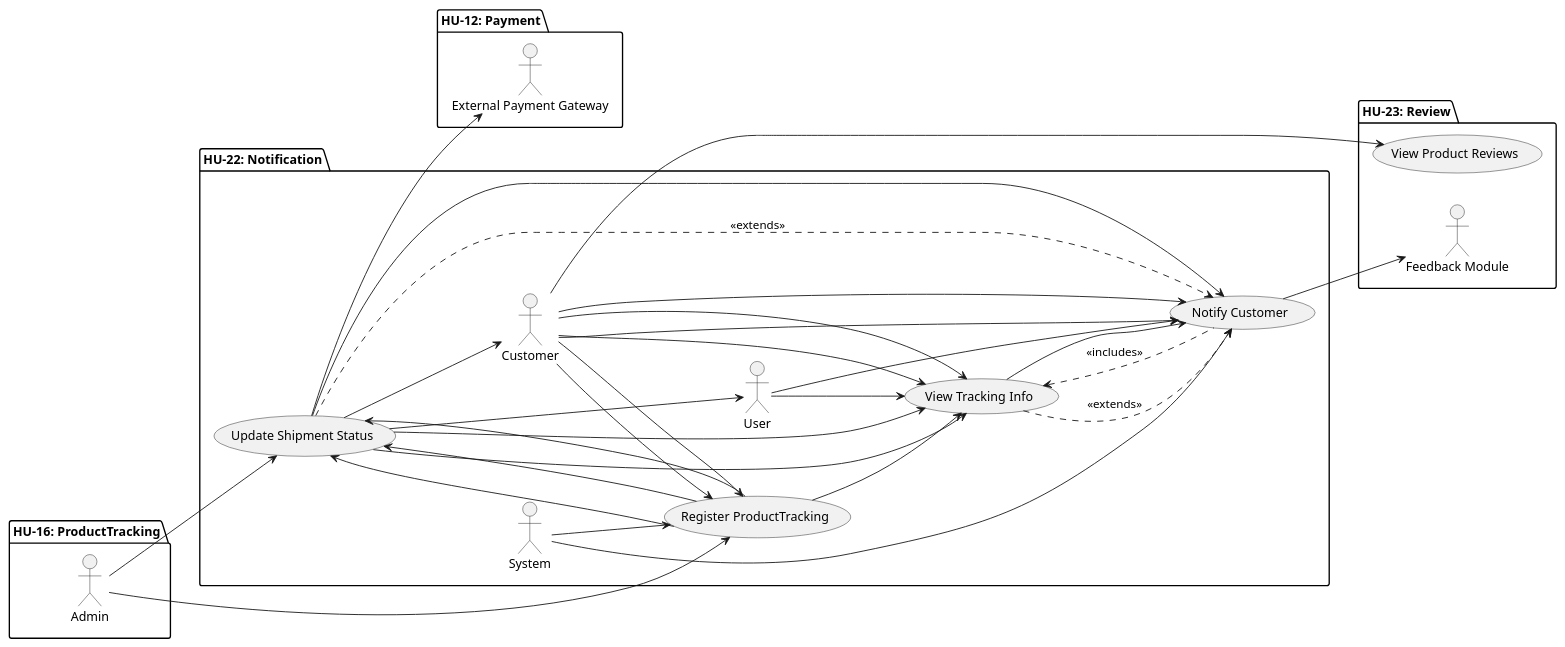
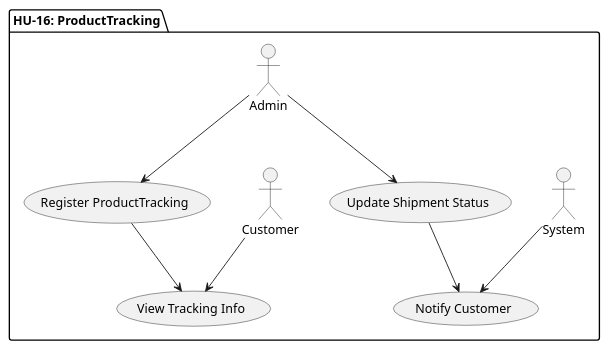
One commit to code-sena/laboratory-2899747 changed the diagram in document/architecture/usecase.wsd. Above: the diagram before and after it, drawn with PlantUML. The commit also changed other lines of this file and 1 other file, not shown here.

Commit message:
doc-add-producttracking-use-case-diagram

```diff
--- a/document/architecture/usecase.wsd
+++ b/document/architecture/usecase.wsd
@@ -1,99 +1,25 @@
 @startuml
-  left to right direction
-
-  package "HU-22: Notification" {
-
-    'Actors'
-    actor "System" as System
-    actor "User" as User
-    actor "Customer" as Customer
-
-    'Use Cases'
-    usecase "Register Notification" as UC1
-    usecase "Send/Display Notification" as UC2
-    usecase "Mark Notification as Read" as UC3
-    usecase "View Notifications" as UC4
-
-    'Relationships'
-    System --> UC1
-    UC1 --> UC2
-    UC2 --> User
-    UC2 --> Customer
-
-    User --> UC3
-    Customer --> UC3
-
-    User --> UC4
-    Customer --> UC4
-
-    UC3 .> UC4 : <<extends>>
-  }
-
-  package "HU-12: Payment" {
-
-    'Actors'
-    actor "Customer" as Customer
-    actor "External Payment Gateway" as PaymentGateway
-
-    'Use Cases'
-    usecase "Register Payment" as UC1
-    usecase "Process Payment" as UC2
-    usecase "Update Order Status" as UC3
-    usecase "View Payment History" as UC4
-
-    'Relationships'
-    Customer --> UC1
-    Customer --> UC4
-
-    UC1 --> UC2
-    UC2 --> PaymentGateway
-    UC2 .> UC4 : <<extends>>
-    UC3 <.. UC4 : <<includes>>
-
-    UC2 --> UC3
-  }
-
-    package "HU-23: Review" {
-
-    'Actors'
-    actor "Customer" as Customer
-    actor "Feedback Module" as FeedbackModule
-
-    'Use Cases'
-    usecase "Create Review" as UC1
-    usecase "Validate Review Fields" as UC2
-    usecase "Register Review in Database" as UC3
-    usecase "Integrate with Feedback" as UC4
-    usecase "View Product Reviews" as UC5
-
-    'Relationships'
-    Customer --> UC1
-    UC1 --> UC2
-    UC2 --> UC3
-    UC3 --> UC4
-    UC4 --> FeedbackModule
-    Customer --> UC5
-  }
   package "HU-16: ProductTracking" {
 
     'Actors'
     actor "System" as System
     actor "Customer" as Customer
     actor "Admin" as Admin
 
     'Use Cases'
     usecase "Register ProductTracking" as UC1
     usecase "Update Shipment Status" as UC2
     usecase "View Tracking Info" as UC3
     usecase "Notify Customer" as UC4
 
     'Relationships'
     Admin --> UC1
     Admin --> UC2
     System --> UC4
 
     Customer --> UC3
     UC2 --> UC4
     UC1 --> UC3
   }
+  
 @enduml
```
